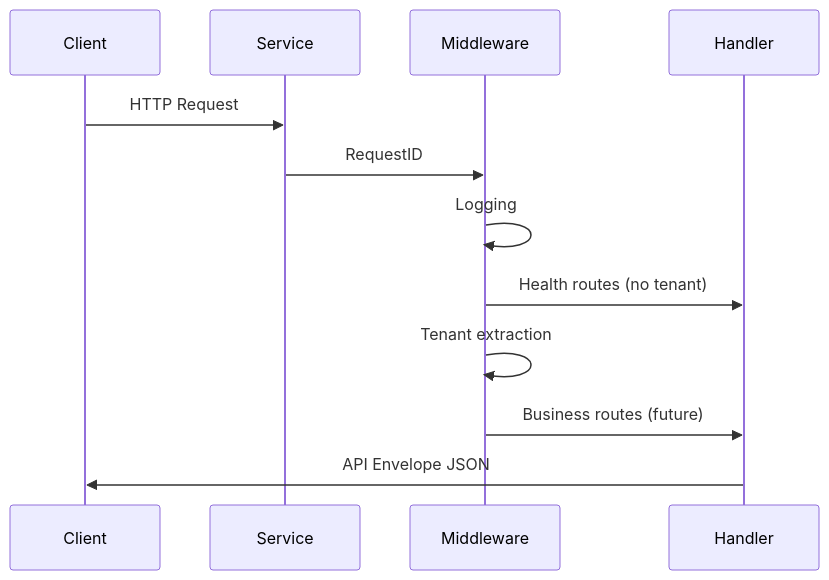
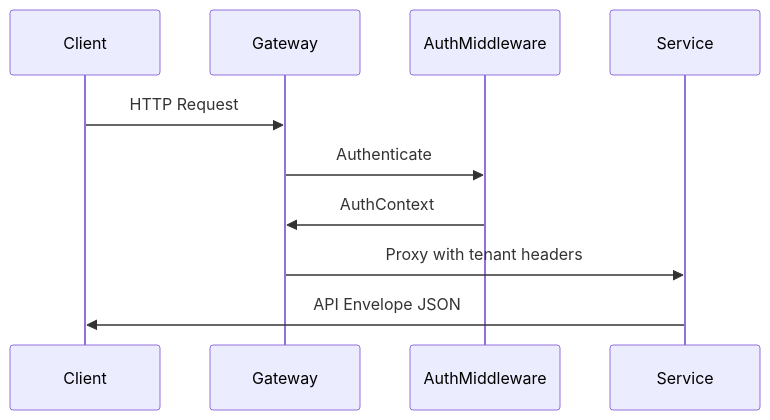
Before and after one commit to ayushmanj123/GoApp-Workspace-1: the diagram in platform/docs/architecture.md, drawn with Mermaid. The commit also changed other lines of this file and 251 other files, not shown here.

````diff
--- a/platform/docs/architecture.md
+++ b/platform/docs/architecture.md
@@ -79,15 +80,13 @@
 ```mermaid
 sequenceDiagram
   participant Client
+  participant Gateway
+  participant AuthMiddleware
   participant Service
-  participant Middleware
-  participant Handler
 
-  Client->>Service: HTTP Request
-  Service->>Middleware: RequestID
-  Middleware->>Middleware: Logging
-  Middleware->>Handler: Health routes (no tenant)
-  Middleware->>Middleware: Tenant extraction
-  Middleware->>Handler: Business routes (future)
-  Handler->>Client: API Envelope JSON
+  Client->>Gateway: HTTP Request
+  Gateway->>AuthMiddleware: Authenticate
+  AuthMiddleware->>Gateway: AuthContext
+  Gateway->>Service: Proxy with tenant headers
+  Service->>Client: API Envelope JSON
 ```
````
